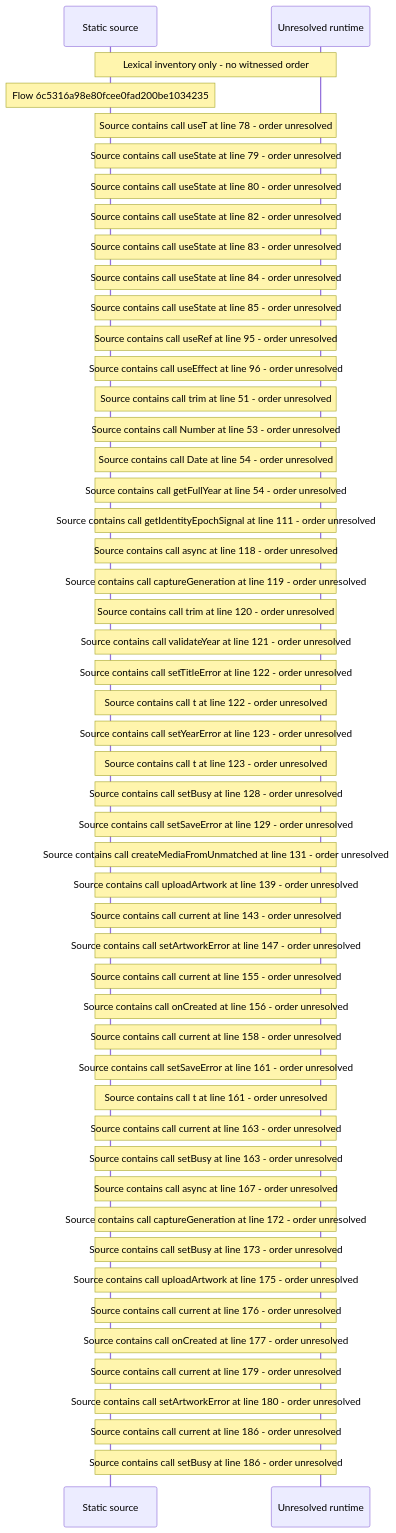
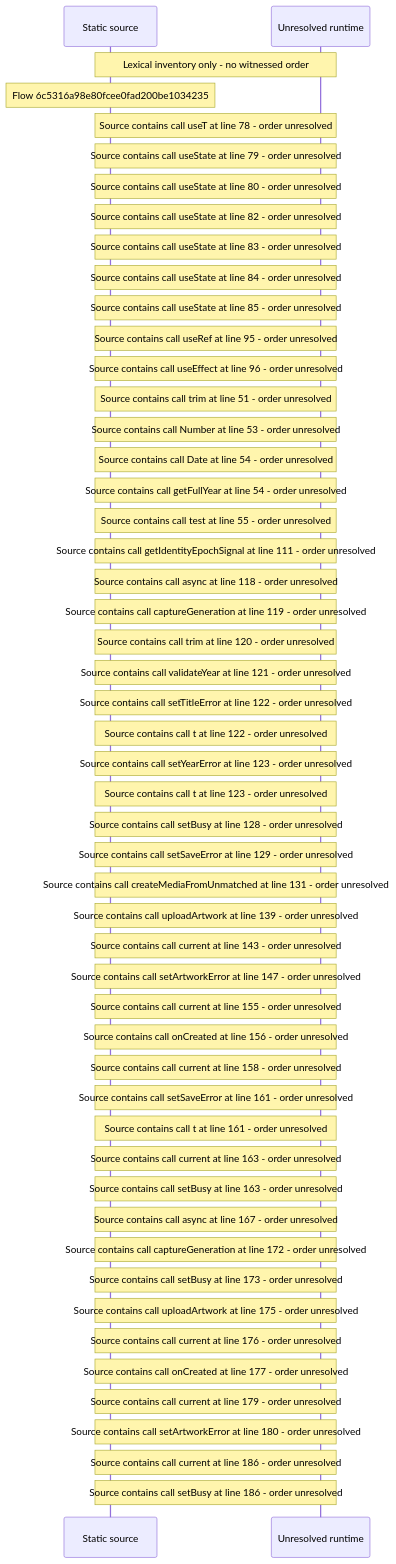
The diagram in docs/web/flows/generated/6c5316a98e80fcee0fad200be1034235/flow-diagram.md (beamfall/core), drawn with Mermaid before and after one commit. The commit also changed other lines of this file and 707 other files, not shown here.

Commit message:
Regenerate the web flow record with flow generator version 6

````diff
--- a/docs/web/flows/generated/6c5316a98e80fcee0fad200be1034235/flow-diagram.md
+++ b/docs/web/flows/generated/6c5316a98e80fcee0fad200be1034235/flow-diagram.md
@@ -10,52 +10,53 @@
 ```mermaid
 sequenceDiagram
     participant S as Static source
     participant U as Unresolved runtime
     Note over S,U: Lexical inventory only - no witnessed order
     Note over S: Flow 6c5316a98e80fcee0fad200be1034235
     Note over S,U: Source contains call useT at line 78 - order unresolved
     Note over S,U: Source contains call useState at line 79 - order unresolved
     Note over S,U: Source contains call useState at line 80 - order unresolved
     Note over S,U: Source contains call useState at line 82 - order unresolved
     Note over S,U: Source contains call useState at line 83 - order unresolved
     Note over S,U: Source contains call useState at line 84 - order unresolved
     Note over S,U: Source contains call useState at line 85 - order unresolved
     Note over S,U: Source contains call useRef at line 95 - order unresolved
     Note over S,U: Source contains call useEffect at line 96 - order unresolved
     Note over S,U: Source contains call trim at line 51 - order unresolved
     Note over S,U: Source contains call Number at line 53 - order unresolved
     Note over S,U: Source contains call Date at line 54 - order unresolved
     Note over S,U: Source contains call getFullYear at line 54 - order unresolved
+    Note over S,U: Source contains call test at line 55 - order unresolved
     Note over S,U: Source contains call getIdentityEpochSignal at line 111 - order unresolved
     Note over S,U: Source contains call async at line 118 - order unresolved
     Note over S,U: Source contains call captureGeneration at line 119 - order unresolved
     Note over S,U: Source contains call trim at line 120 - order unresolved
     Note over S,U: Source contains call validateYear at line 121 - order unresolved
     Note over S,U: Source contains call setTitleError at line 122 - order unresolved
     Note over S,U: Source contains call t at line 122 - order unresolved
     Note over S,U: Source contains call setYearError at line 123 - order unresolved
     Note over S,U: Source contains call t at line 123 - order unresolved
     Note over S,U: Source contains call setBusy at line 128 - order unresolved
     Note over S,U: Source contains call setSaveError at line 129 - order unresolved
     Note over S,U: Source contains call createMediaFromUnmatched at line 131 - order unresolved
     Note over S,U: Source contains call uploadArtwork at line 139 - order unresolved
     Note over S,U: Source contains call current at line 143 - order unresolved
     Note over S,U: Source contains call setArtworkError at line 147 - order unresolved
     Note over S,U: Source contains call current at line 155 - order unresolved
     Note over S,U: Source contains call onCreated at line 156 - order unresolved
     Note over S,U: Source contains call current at line 158 - order unresolved
     Note over S,U: Source contains call setSaveError at line 161 - order unresolved
     Note over S,U: Source contains call t at line 161 - order unresolved
     Note over S,U: Source contains call current at line 163 - order unresolved
     Note over S,U: Source contains call setBusy at line 163 - order unresolved
     Note over S,U: Source contains call async at line 167 - order unresolved
     Note over S,U: Source contains call captureGeneration at line 172 - order unresolved
     Note over S,U: Source contains call setBusy at line 173 - order unresolved
     Note over S,U: Source contains call uploadArtwork at line 175 - order unresolved
     Note over S,U: Source contains call current at line 176 - order unresolved
     Note over S,U: Source contains call onCreated at line 177 - order unresolved
     Note over S,U: Source contains call current at line 179 - order unresolved
     Note over S,U: Source contains call setArtworkError at line 180 - order unresolved
     Note over S,U: Source contains call current at line 186 - order unresolved
     Note over S,U: Source contains call setBusy at line 186 - order unresolved
 ```
````
